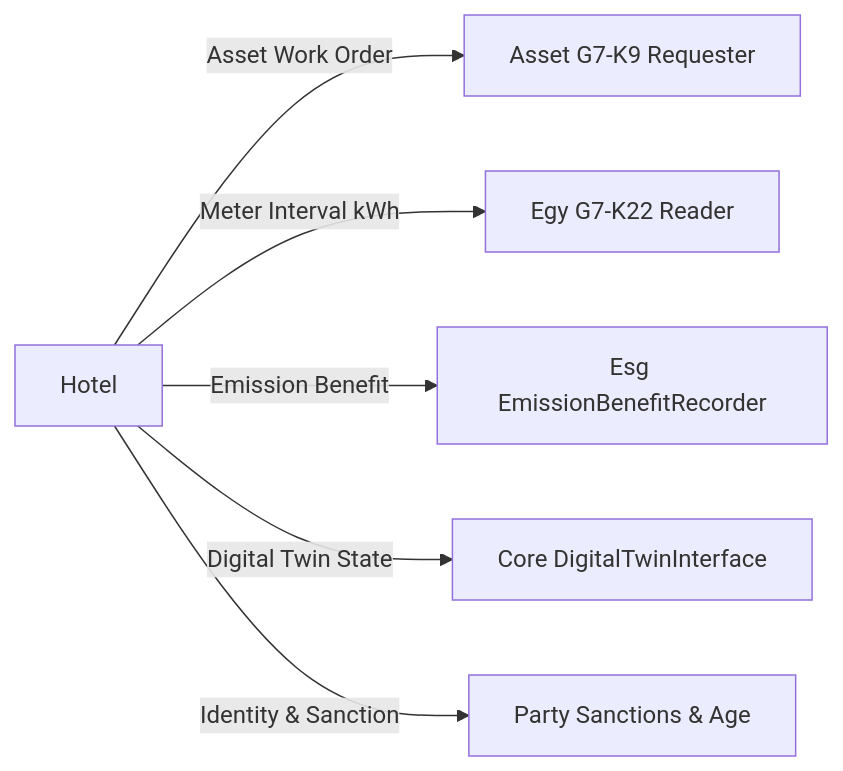
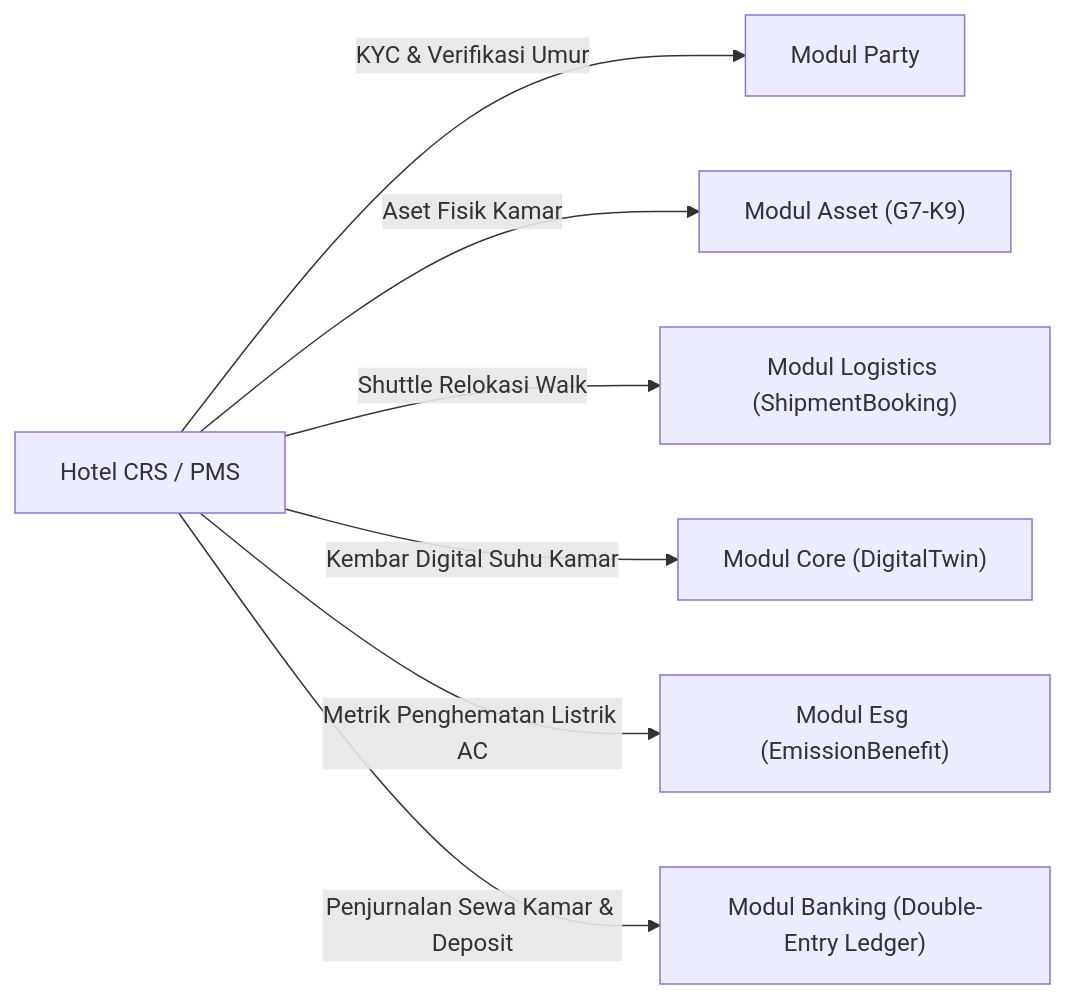
One commit to Orls967/SuperWeb changed the seventh of 7 diagrams in docs/design/fase-91.md. Above: the diagram before and after it, drawn with Mermaid. The commit also changed other lines of this file and 189 other files, not shown here.

Commit message:
feat(hotel): implementasi Fase 91 PMS, CRS, Rate Management & Smart Room

````diff
--- a/docs/design/fase-91.md
+++ b/docs/design/fase-91.md
@@ -158,8 +160,9 @@
 ```mermaid
 flowchart LR
-    Hotel -->|Asset Work Order| G7_K9[Asset G7-K9 Requester]
-    Hotel -->|Meter Interval kWh| G7_K22[Egy G7-K22 Reader]
-    Hotel -->|Emission Benefit| Esg[Esg EmissionBenefitRecorder]
-    Hotel -->|Digital Twin State| CoreTwin[Core DigitalTwinInterface]
-    Hotel -->|Identity & Sanction| Party[Party Sanctions & Age]
+    CRS["Hotel CRS / PMS"] -->|KYC & Verifikasi Umur| PTY["Modul Party"]
+    CRS -->|Aset Fisik Kamar| AST["Modul Asset (G7-K9)"]
+    CRS -->|Shuttle Relokasi Walk| LGX["Modul Logistics (ShipmentBooking)"]
+    CRS -->|Kembar Digital Suhu Kamar| TWN["Modul Core (DigitalTwin)"]
+    CRS -->|Metrik Penghematan Listrik AC| ESG["Modul Esg (EmissionBenefit)"]
+    CRS -->|Penjurnalan Sewa Kamar & Deposit| BNK["Modul Banking (Double-Entry Ledger)"]
 ```
````
